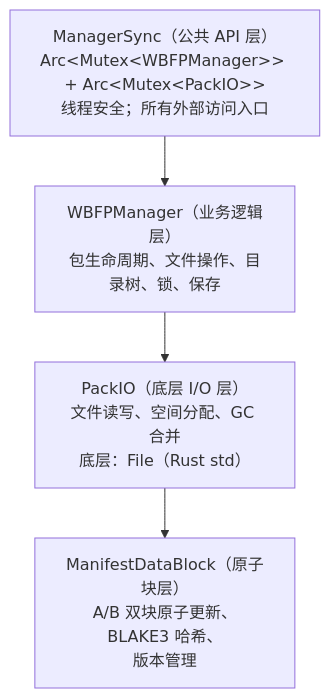
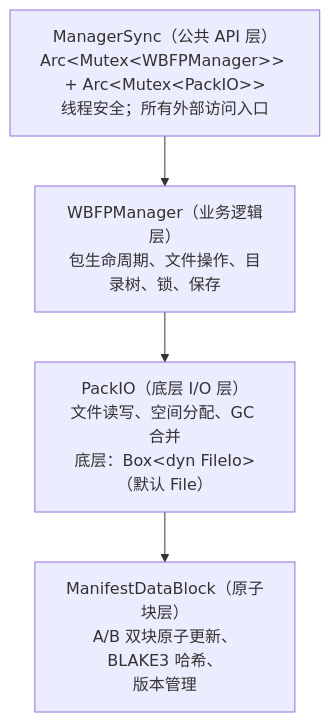
One commit to WaterBall20/water_ball_tool changed the fourth of 9 diagrams in docs/zh_CN/ARCHITECTURE.md. Above: the diagram before and after it, drawn with Mermaid. The commit also changed other lines of this file and 63 other files, not shown here.

````diff
--- a/docs/zh_CN/ARCHITECTURE.md
+++ b/docs/zh_CN/ARCHITECTURE.md
@@ -463,4 +511,4 @@
 ```mermaid
 flowchart TD
-    L1["ManagerSync（公共 API 层）<br/>Arc&lt;Mutex&lt;WBFPManager&gt;&gt; + Arc&lt;Mutex&lt;PackIO&gt;&gt;<br/>线程安全；所有外部访问入口"] --> L2["WBFPManager（业务逻辑层）<br/>包生命周期、文件操作、目录树、锁、保存"] --> L3["PackIO（底层 I/O 层）<br/>文件读写、空间分配、GC 合并<br/>底层：File（Rust std）"] --> L4["ManifestDataBlock（原子块层）<br/>A/B 双块原子更新、BLAKE3 哈希、<br/>版本管理"]
+    L1["ManagerSync（公共 API 层）<br/>Arc&lt;Mutex&lt;WBFPManager&gt;&gt; + Arc&lt;Mutex&lt;PackIO&gt;&gt;<br/>线程安全；所有外部访问入口"] --> L2["WBFPManager（业务逻辑层）<br/>包生命周期、文件操作、目录树、锁、保存"] --> L3["PackIO（底层 I/O 层）<br/>文件读写、空间分配、GC 合并<br/>底层：Box&lt;dyn FileIo&gt;（默认 File）"] --> L4["ManifestDataBlock（原子块层）<br/>A/B 双块原子更新、BLAKE3 哈希、<br/>版本管理"]
 ```
````
